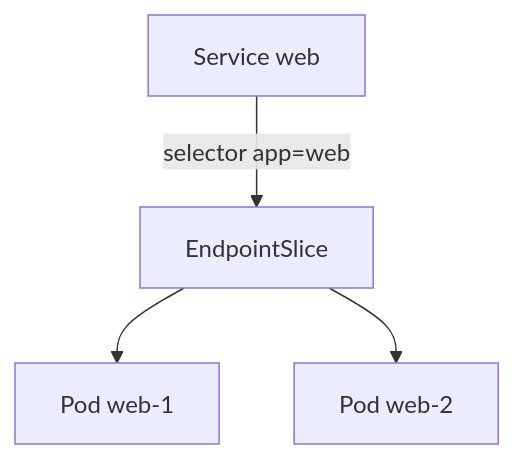
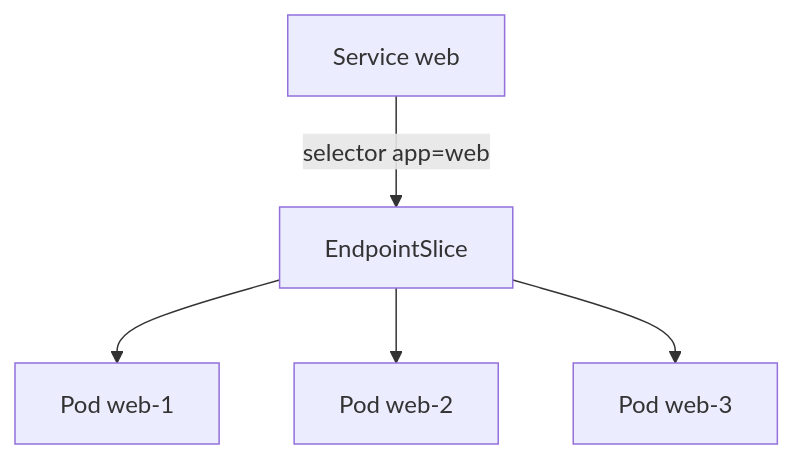
One commit to PlatformRelay/Kubernetes-Workshop changed the first of 2 diagrams in slides-templates.md. Above: the diagram before and after it, drawn with Mermaid. The commit also changed other lines of this file, not shown here.

````diff
--- a/slides-templates.md
+++ b/slides-templates.md
@@ -109,6 +303,7 @@
 ```mermaid {scale: 0.8}
 flowchart TD
   S[Service web] -->|selector app=web| E[EndpointSlice]
   E --> P1[Pod web-1]
   E --> P2[Pod web-2]
+  E --> P3[Pod web-3]
 ```
````
